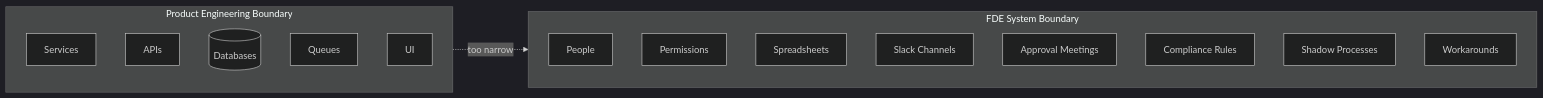
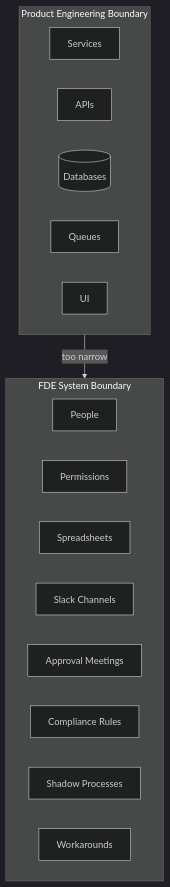
The first of 3 diagrams in notes/fde-principles-production-ai/index.md (rmax-ai/rmax-ai.github.io), drawn with Mermaid (dark theme) before and after one commit. The commit also changed other lines of this file and 1 other file, not shown here.

Commit message:
fix: make diagrams 1 and 3 vertical — narrower layout for mobile

````diff
--- a/notes/fde-principles-production-ai/index.md
+++ b/notes/fde-principles-production-ai/index.md
@@ -81,21 +81,23 @@
 ```mermaid
-flowchart LR
+flowchart TD
     subgraph Product["Product Engineering Boundary"]
+        direction LR
         S[Services]
         A[APIs]
         D[(Databases)]
         Q[Queues]
         U[UI]
     end
+    Product -->|"too narrow"| FDE
     subgraph FDE["FDE System Boundary"]
+        direction LR
         P[People]
         PM[Permissions]
         SS[Spreadsheets]
         SL[Slack Channels]
         AP[Approval Meetings]
         CR[Compliance Rules]
         SP[Shadow Processes]
         WA[Workarounds]
     end
-    Product -.->|"too narrow"| FDE
 ```
````
